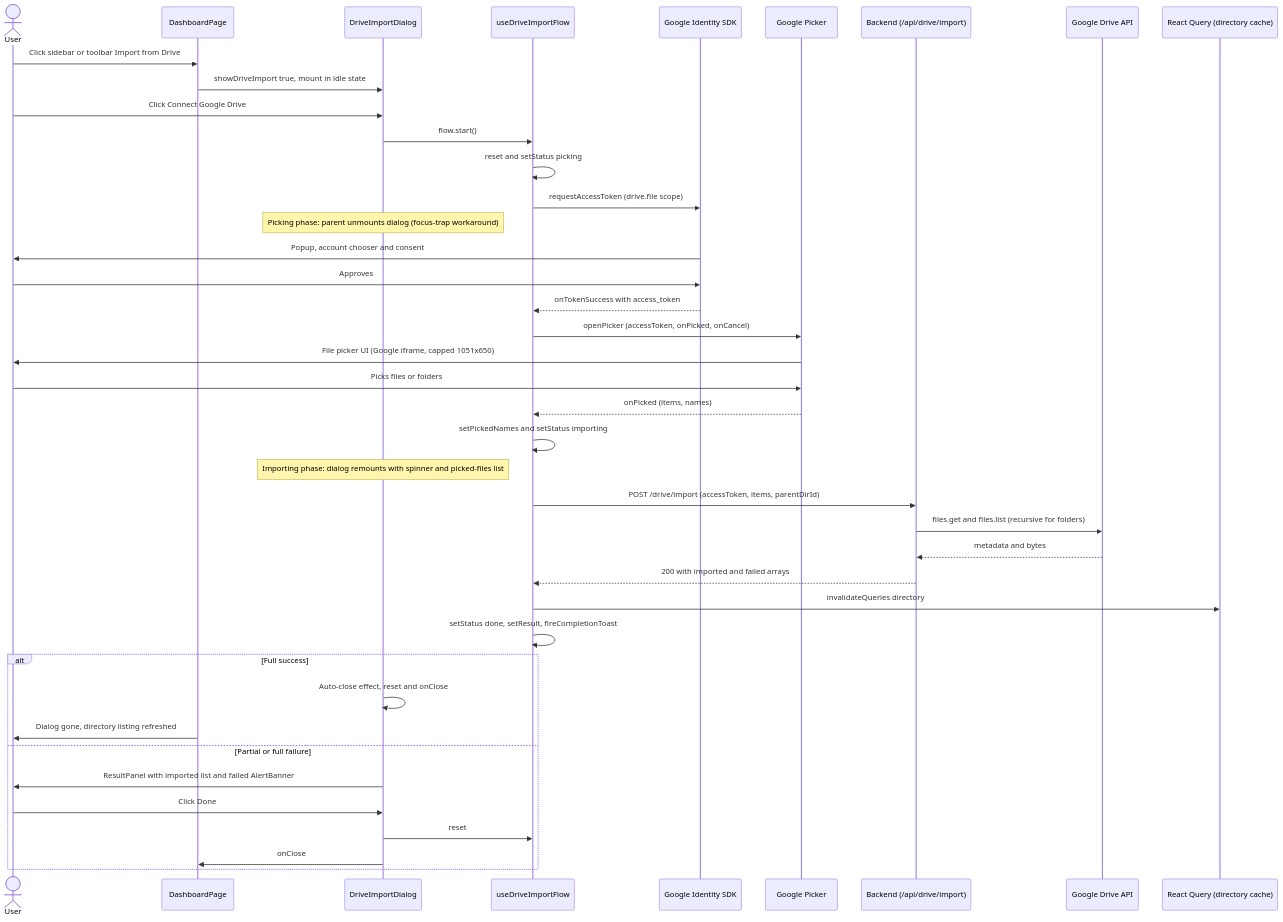
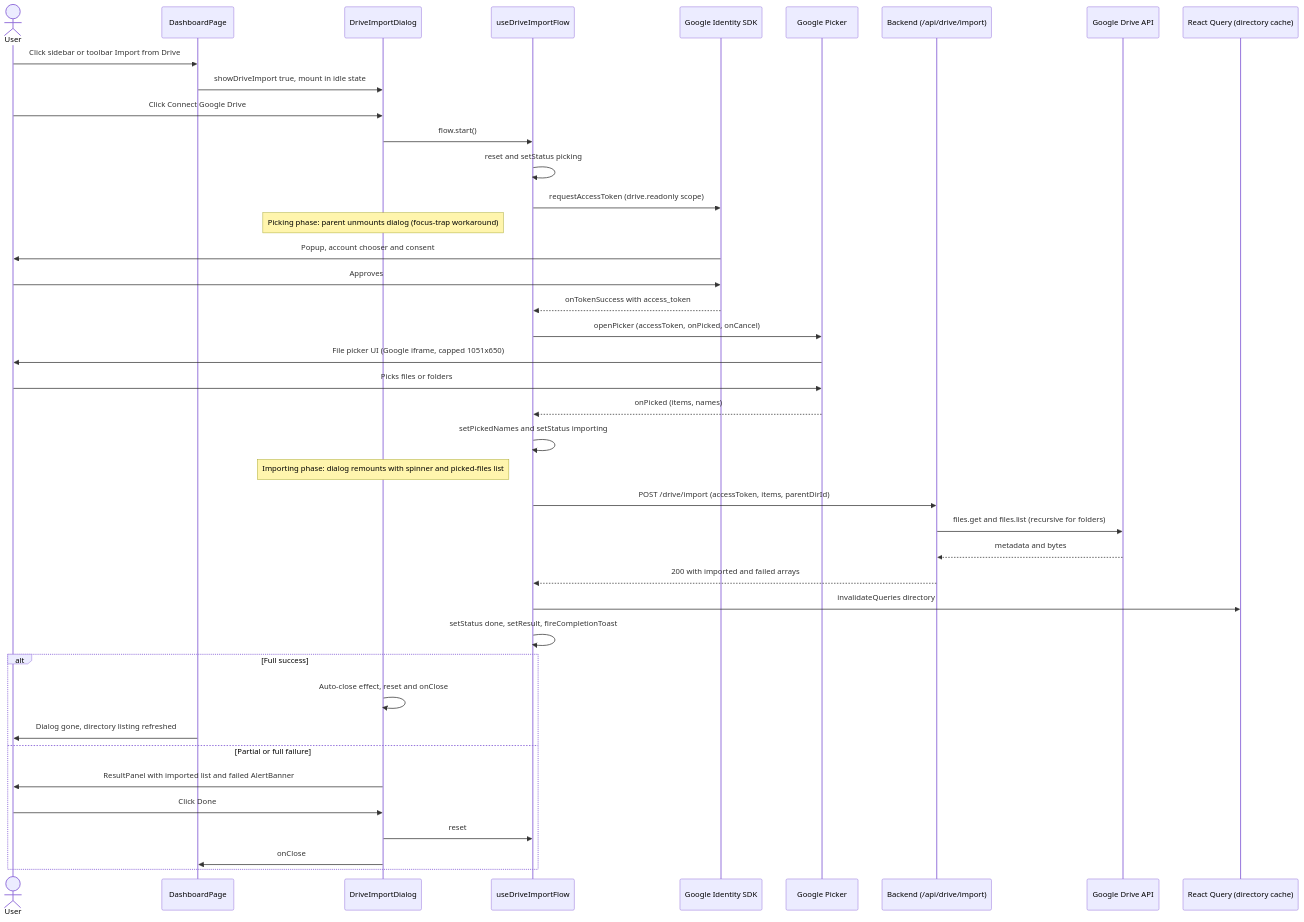
Before and after one commit to SrjAdhikari/TroveCloud-Frontend: the diagram in docs/drive-import-flow.md, drawn with Mermaid. The commit also changed other lines of this file and 5 other files, not shown here.

First line of the commit message:
fix(dashboard): map VALIDATION_ERROR and correct drive scope docs

````diff
--- a/docs/drive-import-flow.md
+++ b/docs/drive-import-flow.md
@@ -87,51 +87,51 @@
 ```mermaid
 sequenceDiagram
     actor U as User
     participant D as DashboardPage
     participant Dlg as DriveImportDialog
     participant H as useDriveImportFlow
     participant GIS as Google Identity SDK
     participant P as Google Picker
     participant API as Backend (/api/drive/import)
     participant Drive as Google Drive API
     participant RQ as React Query (directory cache)
 
     U->>D: Click sidebar or toolbar Import from Drive
     D->>Dlg: showDriveImport true, mount in idle state
     U->>Dlg: Click Connect Google Drive
     Dlg->>H: flow.start()
     H->>H: reset and setStatus picking
-    H->>GIS: requestAccessToken (drive.file scope)
+    H->>GIS: requestAccessToken (drive.readonly scope)
 
     Note over Dlg: Picking phase: parent unmounts dialog (focus-trap workaround)
 
     GIS->>U: Popup, account chooser and consent
     U->>GIS: Approves
     GIS-->>H: onTokenSuccess with access_token
 
     H->>P: openPicker (accessToken, onPicked, onCancel)
     P->>U: File picker UI (Google iframe, capped 1051x650)
     U->>P: Picks files or folders
     P-->>H: onPicked (items, names)
     H->>H: setPickedNames and setStatus importing
 
     Note over Dlg: Importing phase: dialog remounts with spinner and picked-files list
 
     H->>API: POST /drive/import (accessToken, items, parentDirId)
     API->>Drive: files.get and files.list (recursive for folders)
     Drive-->>API: metadata and bytes
     API-->>H: 200 with imported and failed arrays
 
     H->>RQ: invalidateQueries directory
     H->>H: setStatus done, setResult, fireCompletionToast
 
     alt Full success
         Dlg->>Dlg: Auto-close effect, reset and onClose
         D->>U: Dialog gone, directory listing refreshed
     else Partial or full failure
         Dlg->>U: ResultPanel with imported list and failed AlertBanner
         U->>Dlg: Click Done
         Dlg->>H: reset
         Dlg->>D: onClose
     end
 ```
````
